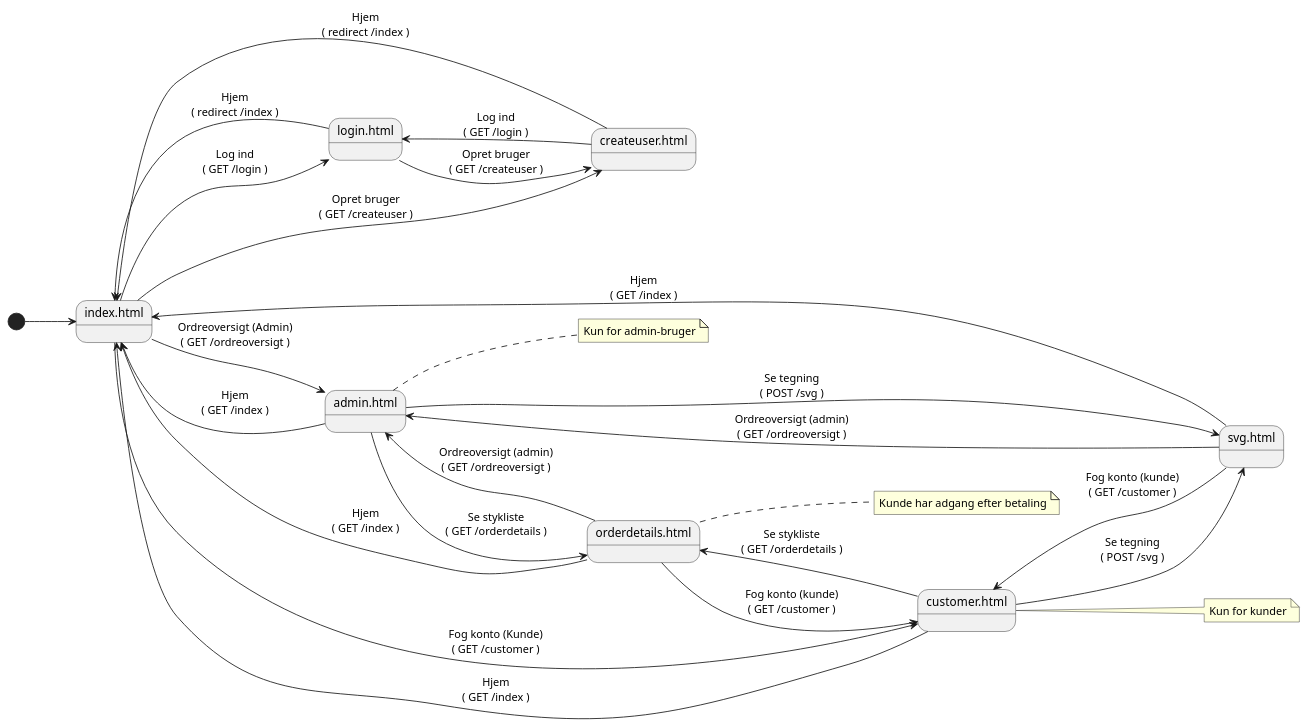
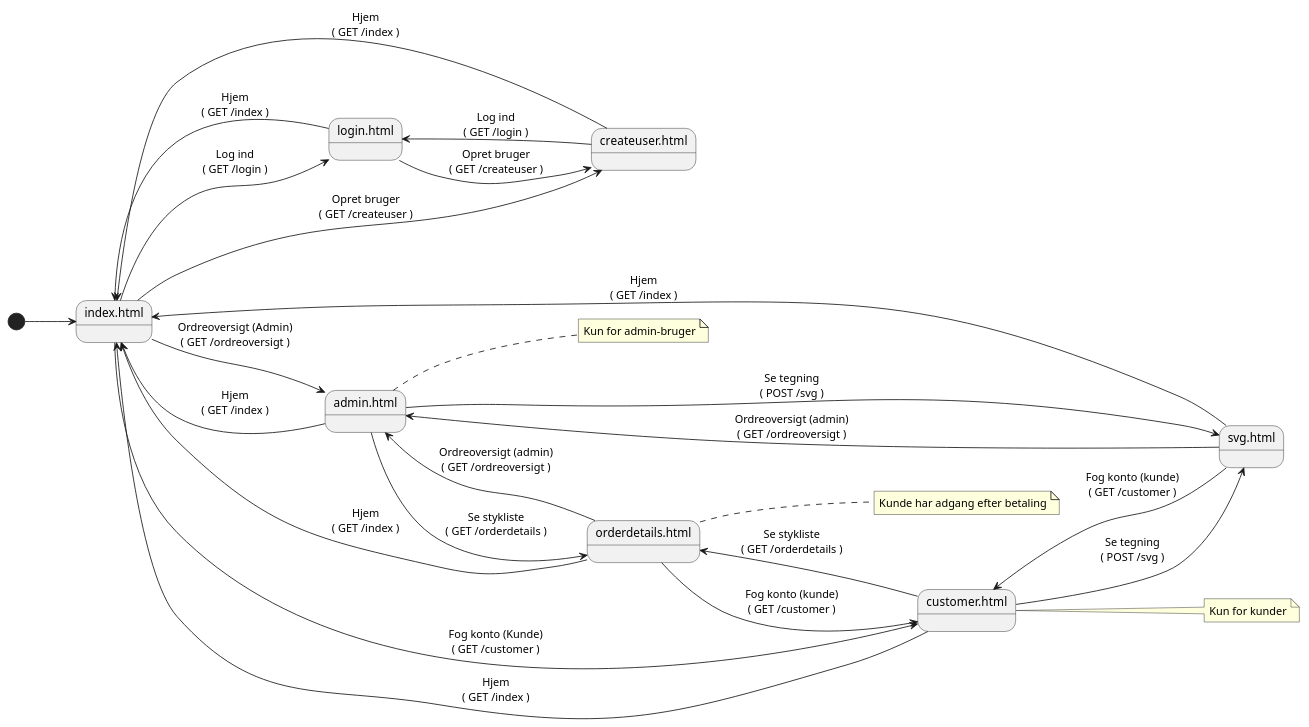
The diagram in docs/navigation_diagram.puml (Mikkel-ao/Carport), drawn with PlantUML before and after one commit.

Commit message:
Type fix

```diff
--- a/docs/navigation_diagram.puml
+++ b/docs/navigation_diagram.puml
@@ -1,61 +1,61 @@
 @startuml
 left to right direction
 
 [*] --> Index
 
 state "index.html" as Index
 state "login.html" as Login
 state "createuser.html" as Opret
 
 ' Admin
 state "admin.html" as Admin
 state "orderdetails.html" as OrderDetails
 
 ' Kunde
 state "customer.html" as Customer
 
 ' SVG
 state "svg.html" as SVG
 
 ' Navigation from Index
 Index --> Login : Log ind\n( GET /login )
 Index --> Opret : Opret bruger\n( GET /createuser )
 Index --> Admin : Ordreoversigt (Admin)\n( GET /ordreoversigt )
 Index --> Customer : Fog konto (Kunde)\n( GET /customer )
 
 ' Login & Opret navigation
 Login --> Opret : Opret bruger\n( GET /createuser )
-Login --> Index : Hjem\n( redirect /index )
+Login --> Index : Hjem\n( GET /index )
 Opret --> Login : Log ind\n( GET /login )
-Opret --> Index : Hjem\n( redirect /index )
+Opret --> Index : Hjem\n( GET /index )
 
 ' Admin navigation
 Admin --> SVG : Se tegning\n( POST /svg )
 Admin --> OrderDetails : Se stykliste\n( GET /orderdetails )
 Admin --> Index : Hjem\n( GET /index )
 note right of Admin
   Kun for admin-bruger
 end note
 
 ' Customer navigation
 Customer --> SVG : Se tegning\n( POST /svg )
 Customer --> OrderDetails : Se stykliste\n( GET /orderdetails )
 Customer --> Index : Hjem\n( GET /index )
 note right of Customer
   Kun for kunder
 end note
 
 ' SVG navigation
 SVG --> Admin : Ordreoversigt (admin)\n( GET /ordreoversigt )
 SVG --> Customer : Fog konto (kunde)\n( GET /customer )
 SVG --> Index : Hjem\n( GET /index )
 
 ' OrderDetails navigation
 OrderDetails --> Admin : Ordreoversigt (admin)\n( GET /ordreoversigt )
 OrderDetails --> Customer : Fog konto (kunde)\n( GET /customer )
 OrderDetails --> Index : Hjem\n( GET /index )
 note right of OrderDetails
   Kunde har adgang efter betaling
 end note
 
 @enduml
```
